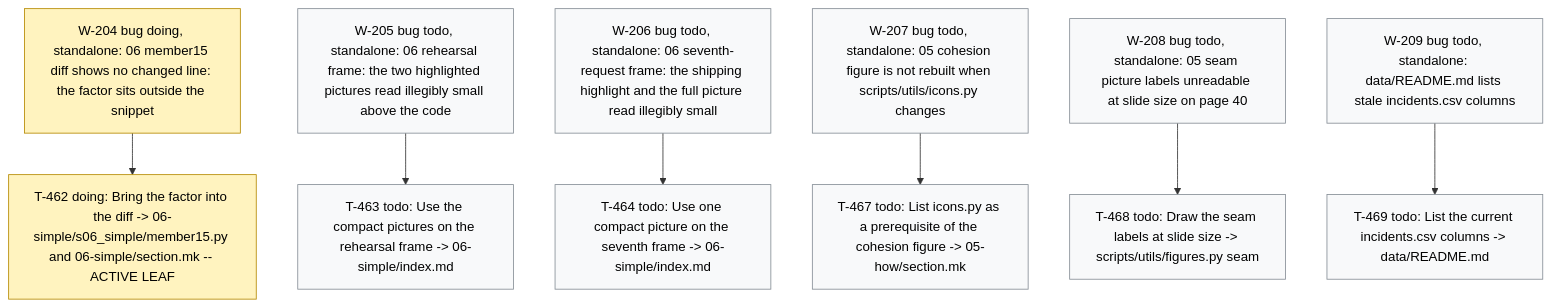
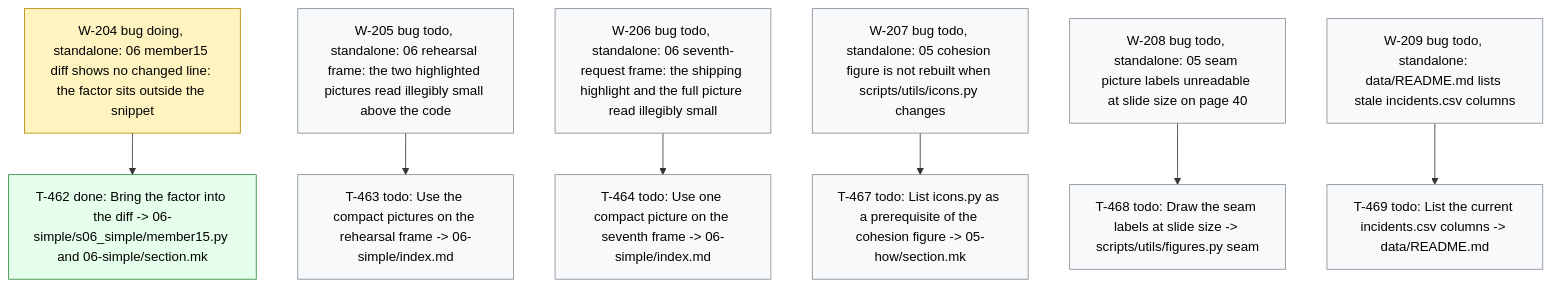
The diagram in .board/BOARD.md (dpopchev/chaos-to-simple), drawn with Mermaid before and after one commit. The commit also changed other lines of this file and 1 other file, not shown here.

Commit message:
chore(board): close T-462 -- W-204 ready to land
Refs: W-204 T-462

````diff
--- a/.board/BOARD.md
+++ b/.board/BOARD.md
@@ -1207,22 +1207,23 @@
 ```mermaid
 flowchart TD
   W204["W-204 bug doing, standalone: 06 member15 diff shows no changed line: the factor sits outside the snippet"]
-  W204 --> T462["T-462 doing: Bring the factor into the diff -> 06-simple/s06_simple/member15.py and 06-simple/section.mk -- ACTIVE LEAF"]
+  W204 --> T462["T-462 done: Bring the factor into the diff -> 06-simple/s06_simple/member15.py and 06-simple/section.mk"]
   W205["W-205 bug todo, standalone: 06 rehearsal frame: the two highlighted pictures read illegibly small above the code"]
   W205 --> T463["T-463 todo: Use the compact pictures on the rehearsal frame -> 06-simple/index.md"]
   W206["W-206 bug todo, standalone: 06 seventh-request frame: the shipping highlight and the full picture read illegibly small"]
   W206 --> T464["T-464 todo: Use one compact picture on the seventh frame -> 06-simple/index.md"]
   W207["W-207 bug todo, standalone: 05 cohesion figure is not rebuilt when scripts/utils/icons.py changes"]
   W207 --> T467["T-467 todo: List icons.py as a prerequisite of the cohesion figure -> 05-how/section.mk"]
   W208["W-208 bug todo, standalone: 05 seam picture labels unreadable at slide size on page 40"]
   W208 --> T468["T-468 todo: Draw the seam labels at slide size -> scripts/utils/figures.py seam"]
   W209["W-209 bug todo, standalone: data/README.md lists stale incidents.csv columns"]
   W209 --> T469["T-469 todo: List the current incidents.csv columns -> data/README.md"]
   classDef doing fill:#fff3bf,stroke:#b58900,color:#000;
   classDef blocked fill:#ffe3e3,stroke:#c92a2a,color:#000;
   classDef done fill:#e6ffed,stroke:#2b8a3e,color:#000;
   classDef todo fill:#f8f9fa,stroke:#868e96,color:#000;
   classDef pruned fill:#f1f3f5,stroke:#adb5bd,color:#000;
-  class W204,T462 doing
+  class W204 doing
+  class T462 done
   class W205,T463,W206,T464,W207,T467,W208,T468,W209,T469 todo
 ```
````
